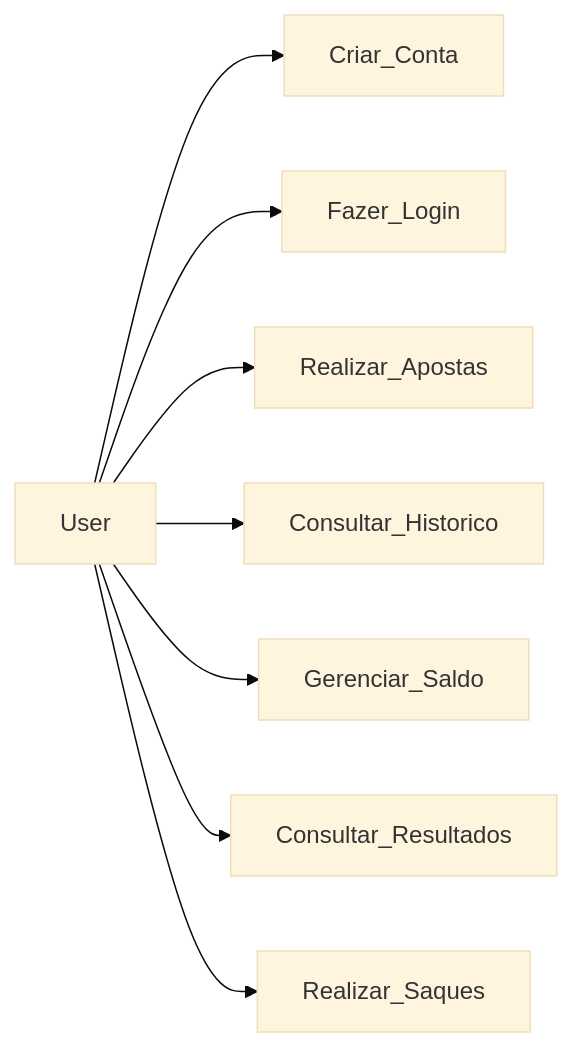
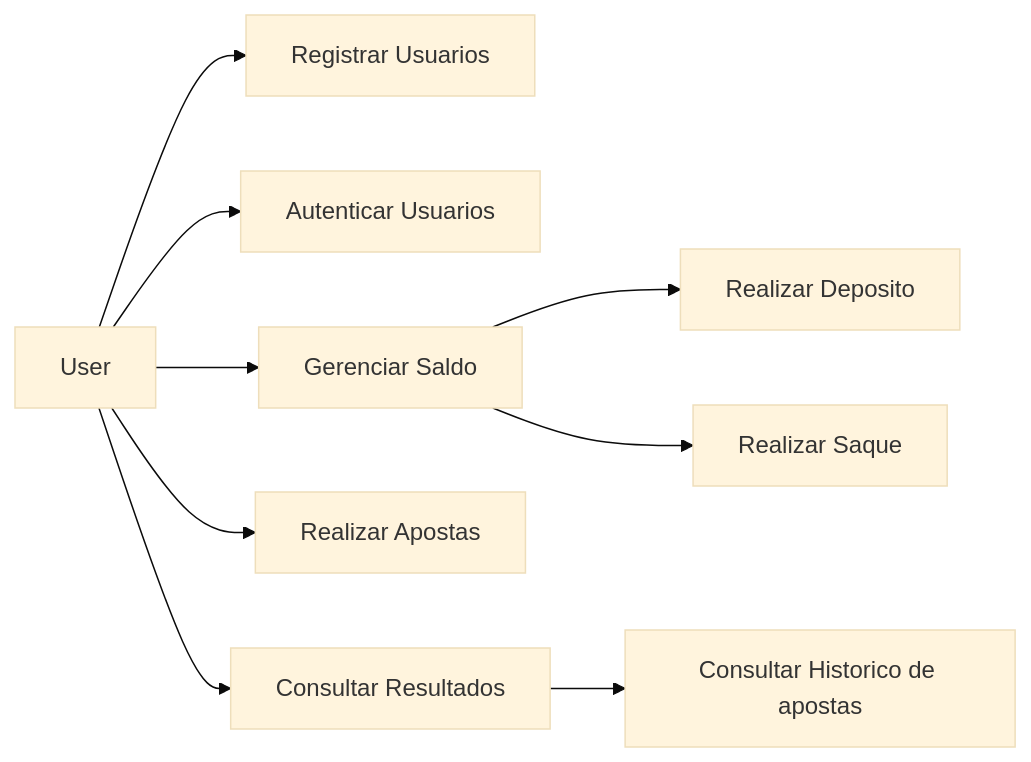
Before and after one commit to desenvolvimento-web-unifil/02-documentacao-nbg: the diagram in docs/usecase/readmeUseCase.md, drawn with Mermaid (base theme).

Commit message:
Atualização do caso de uso

````diff
--- a/docs/usecase/readmeUseCase.md
+++ b/docs/usecase/readmeUseCase.md
@@ -1,21 +1,23 @@
 ``` mermaid
 
 flowchart LR
  A[User]
- B[Criar_Conta]
- C[Fazer_Login]
- D[Realizar_Apostas]
- E[Consultar_Historico]
- F[Gerenciar_Saldo]
- G[Consultar_Resultados]
- H[Realizar_Saques]
+ B[Registrar Usuarios]
+ C[Autenticar Usuarios]
+ D[Gerenciar Saldo]
+ E[Realizar Apostas]
+ F[Consultar Resultados]
+ G[Consultar Historico de apostas]
+ H[Realizar Deposito]
+ I[Realizar Saque]
  
  A --> B
  A --> C
  A --> D
  A --> E
+ D --> H
+ D --> I
  A --> F
- A --> G
- A --> H
+ F --> G
 
 ```
````
